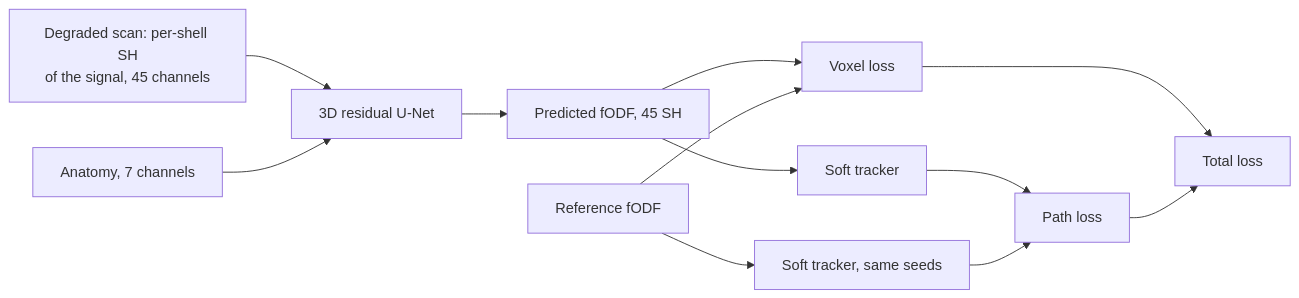
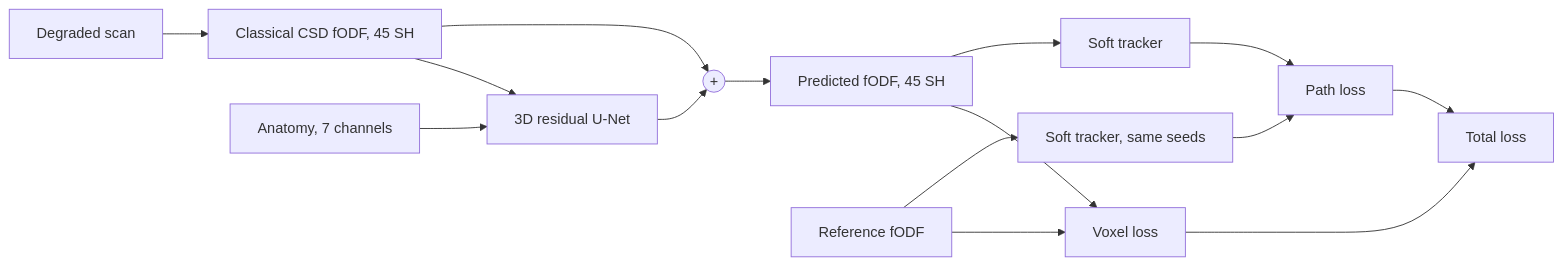
Before and after one commit to Faysal1000/brain-retinopath: the third of 3 diagrams in docs/01-overview.md, drawn with Mermaid. The commit also changed other lines of this file and 36 other files, not shown here.

Commit message:
Training-size design: confirmatory analysis at 12 training subjects, comparison with classical CSD, path error

````diff
--- a/docs/01-overview.md
+++ b/docs/01-overview.md
@@ -77,14 +96,17 @@
 ```mermaid
 flowchart LR
-    X[Degraded scan: per-shell SH<br/>of the signal, 45 channels] --> U[3D residual U-Net]
+    X[Degraded scan] --> C[Classical CSD fODF, 45 SH]
+    C --> U[3D residual U-Net]
     AN[Anatomy, 7 channels] --> U
-    U --> P[Predicted fODF, 45 SH]
+    U --> S((+))
+    C --> S
+    S --> P[Predicted fODF, 45 SH]
     P --> LV[Voxel loss]
     R[Reference fODF] --> LV
     P --> TP[Soft tracker]
     R --> TR[Soft tracker, same seeds]
     TP --> LP[Path loss]
     TR --> LP
     LV --> L[Total loss]
     LP --> L
 ```
````
